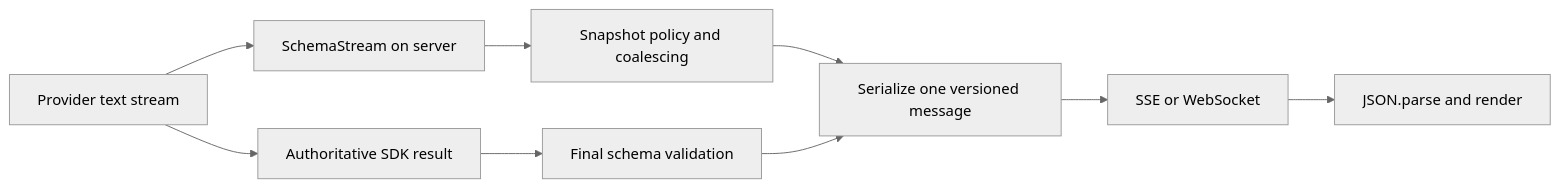
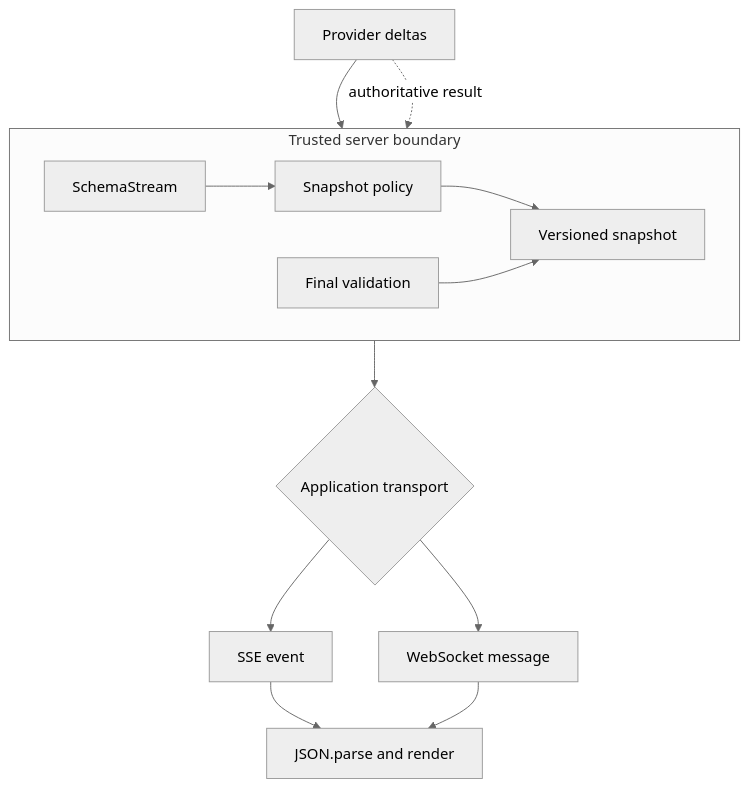
One commit to hack-dance/schema-stream changed the diagram in docs/transports.md. Above: the diagram before and after it, drawn with Mermaid (neutral theme). The commit also changed other lines of this file and 40 other files, not shown here.

````diff
--- a/docs/transports.md
+++ b/docs/transports.md
@@ -108,11 +108,14 @@
 ```mermaid
-flowchart LR
-  provider["Provider text stream"] --> parser["SchemaStream on server"]
-  parser --> cadence["Snapshot policy and coalescing"]
-  cadence --> encode["Serialize one versioned message"]
-  encode --> socket["SSE or WebSocket"]
-  socket --> browser["JSON.parse and render"]
-  provider --> final["Authoritative SDK result"]
-  final --> validate["Final schema validation"]
-  validate --> encode
+flowchart TB
+  provider["Provider deltas"]
+  subgraph server["Trusted server boundary"]
+    direction LR
+    parser["SchemaStream"] --> cadence["Snapshot policy"] --> message["Versioned snapshot"]
+    validate["Final validation"] --> message
+  end
+  provider --> parser
+  provider -. "authoritative result" .-> validate
+  message --> transport{"Application transport"}
+  transport --> sse["SSE event"] --> browser["JSON.parse and render"]
+  transport --> websocket["WebSocket message"] --> browser
 ```
````
